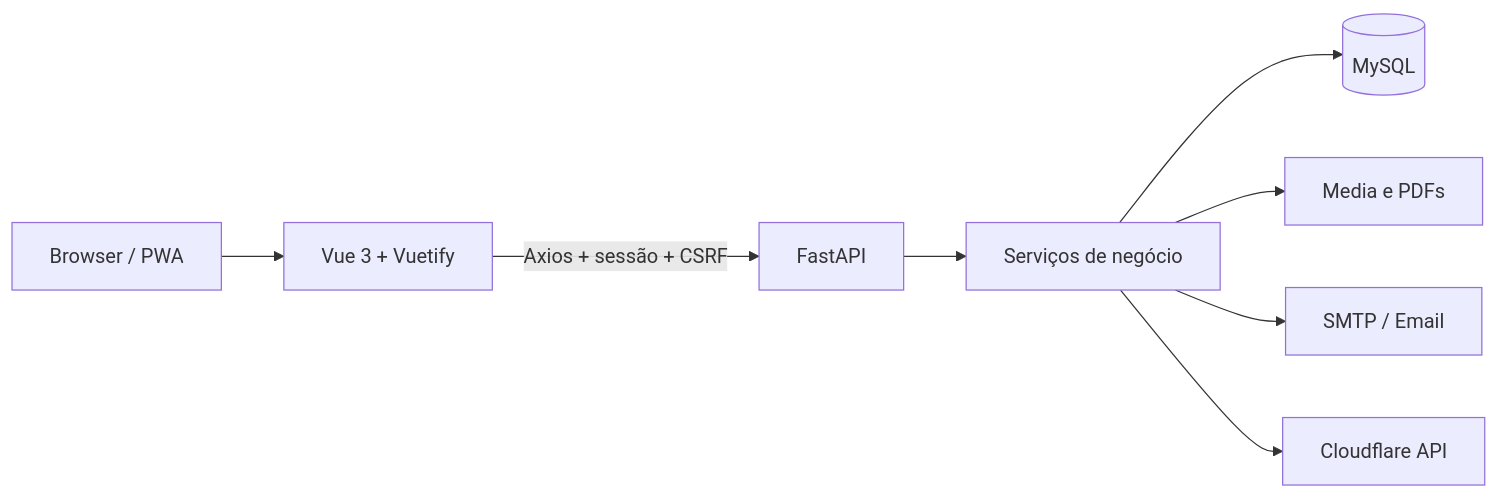
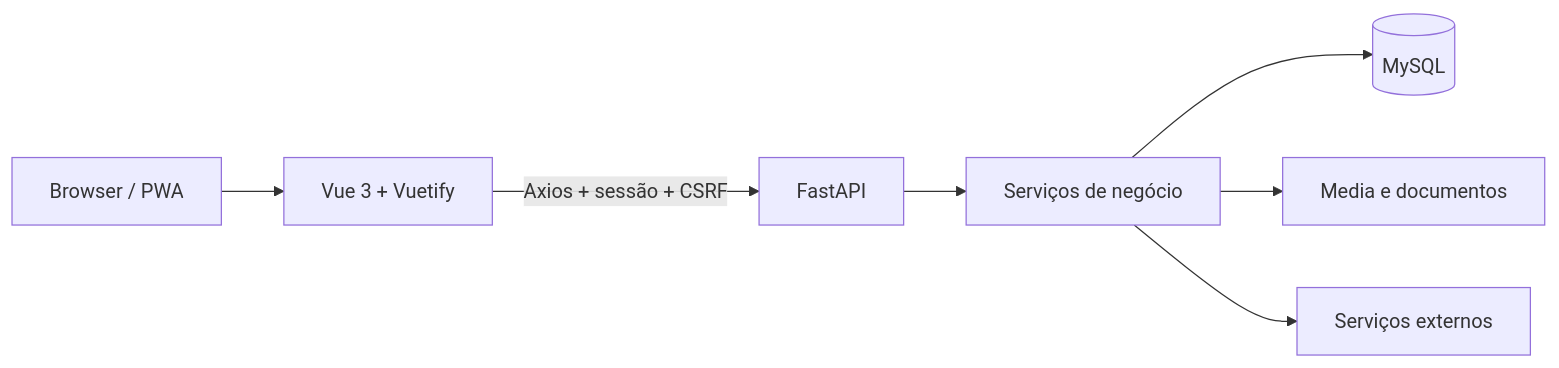
One commit to MFCode99/VillasV2 changed the diagram in README.md. Above: the diagram before and after it, drawn with Mermaid. The commit also changed other lines of this file and 1 other file, not shown here.

````diff
--- a/README.md
+++ b/README.md
@@ -80,10 +75,9 @@
 ```mermaid
 flowchart LR
-    U[Browser / PWA] --> V[Vue 3 + Vuetify]
-    V -->|Axios + sessão + CSRF| A[FastAPI]
+    U[Browser / PWA] --> F[Vue 3 + Vuetify]
+    F -->|Axios + sessão + CSRF| A[FastAPI]
     A --> S[Serviços de negócio]
     S --> D[(MySQL)]
-    S --> M[Media e PDFs]
-    S --> E[SMTP / Email]
-    S --> C[Cloudflare API]
+    S --> M[Media e documentos]
+    S --> N[Serviços externos]
 ```
````
